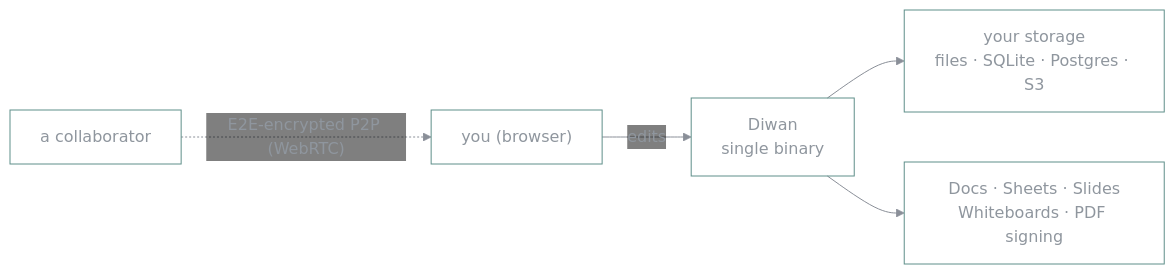
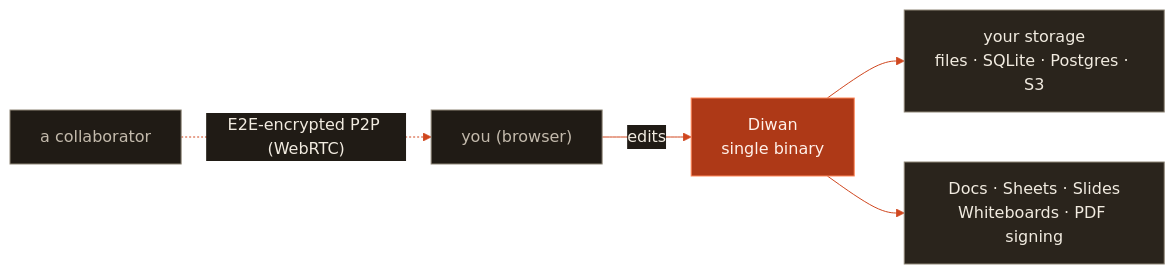
One commit to vul-os/diwan changed the first of 2 diagrams in README.md. Above: the diagram before and after it, drawn with Mermaid. The commit also changed other lines of this file and 5 other files, not shown here.

````diff
--- a/README.md
+++ b/README.md
@@ -47,8 +47,14 @@
 ```mermaid
-%%{init: {'theme':'base','themeVariables':{'fontFamily':'ui-monospace, SFMono-Regular, Menlo, monospace','primaryColor':'transparent','primaryBorderColor':'#14b8a6','primaryTextColor':'#8f969e','lineColor':'#8a8f98','nodeBorder':'#5f8f8a','edgeLabelBackground':'transparent','clusterBorder':'#3f8f86','clusterBkg':'transparent'}}}%%
+%%{init: {'theme':'base','themeVariables':{'fontFamily':'ui-monospace, SFMono-Regular, Menlo, monospace','primaryColor':'#2A241C','primaryBorderColor':'#8E8677','primaryTextColor':'#F1EBE0','lineColor':'#D0471F','edgeLabelBackground':'#201B15','tertiaryTextColor':'#F1EBE0','clusterBorder':'#8E8677','clusterBkg':'transparent'}}}%%
 flowchart LR
+    classDef entry fill:#201B15,stroke:#8E8677,color:#C3BAAC
+    classDef subject fill:#AE3917,stroke:#FF8759,color:#FFF1EA
+    classDef downstream fill:#2A241C,stroke:#8E8677,color:#F1EBE0
     you["you (browser)"] -->|edits| diwan["Diwan<br/>single binary"]
     peer["a collaborator"] -.->|"E2E-encrypted P2P (WebRTC)"| you
     diwan --> store["your storage<br/>files · SQLite · Postgres · S3"]
     diwan --> surfaces["Docs · Sheets · Slides<br/>Whiteboards · PDF signing"]
+    class you,peer entry
+    class diwan subject
+    class store,surfaces downstream
 ```
````
